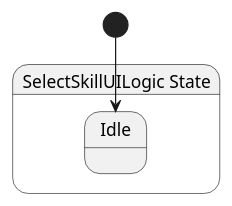
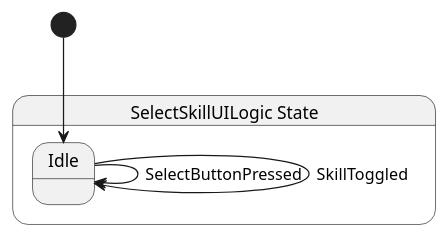
Before and after one commit to Ygoat/EternalJourney: the diagram in src/select_ui/state/SelectSkillUILogic.g.puml, drawn with PlantUML. The commit also changed 7 other files, not shown here.

Commit message:
Battle, SelectSkillUIリファクタ

```diff
--- a/src/select_ui/state/SelectSkillUILogic.g.puml
+++ b/src/select_ui/state/SelectSkillUILogic.g.puml
@@ -1,6 +1,9 @@
 @startuml SelectSkillUILogic
 state "SelectSkillUILogic State" as EternalJourney_SelectUI_State_SelectSkillUILogic_State {
   state "Idle" as EternalJourney_SelectUI_State_SelectSkillUILogic_State_Idle
 }
+
+EternalJourney_SelectUI_State_SelectSkillUILogic_State_Idle --> EternalJourney_SelectUI_State_SelectSkillUILogic_State_Idle : SelectButtonPressed
+EternalJourney_SelectUI_State_SelectSkillUILogic_State_Idle --> EternalJourney_SelectUI_State_SelectSkillUILogic_State_Idle : SkillToggled
 [*] --> EternalJourney_SelectUI_State_SelectSkillUILogic_State_Idle
 @enduml
```
